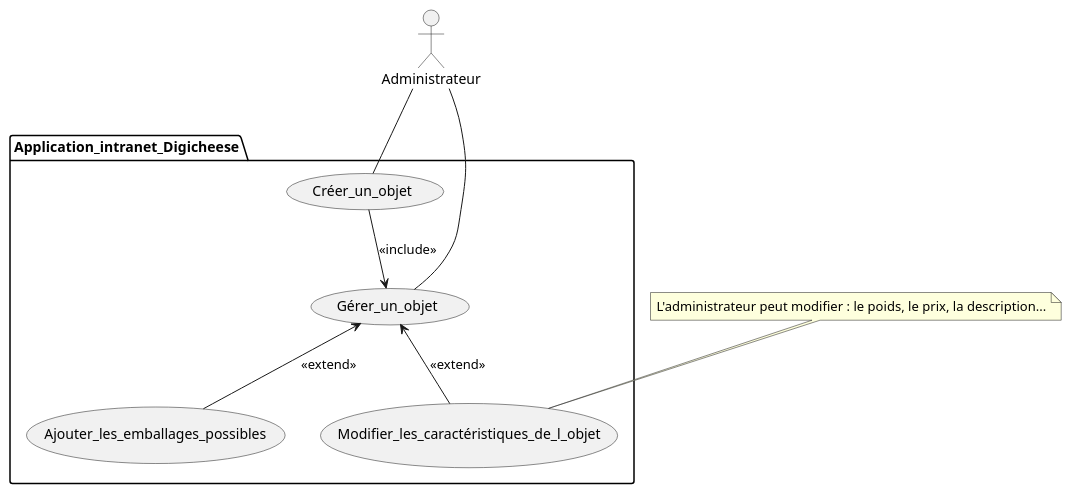
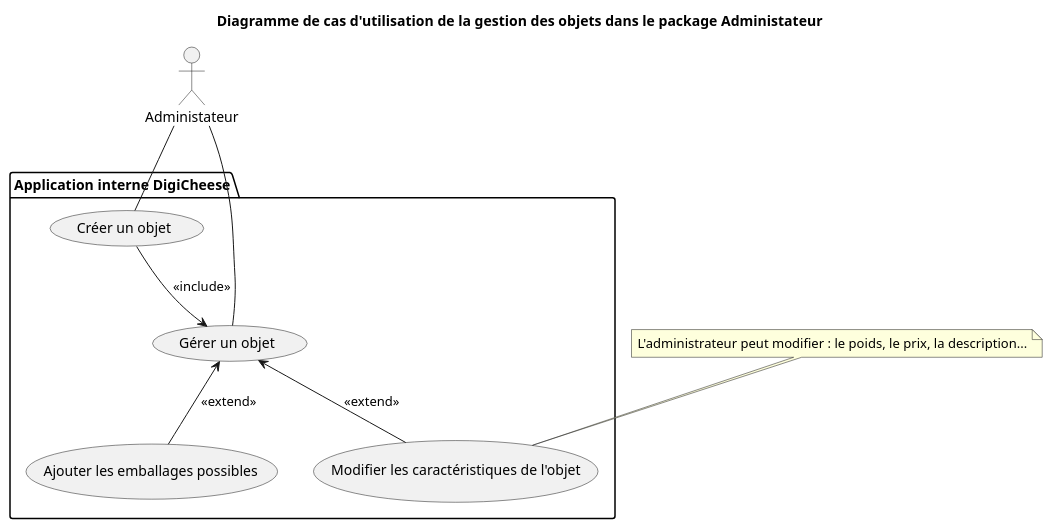
Before and after one commit to Bluwen/Conception_d_une_application_informatique: the diagram in Cas_d_utilisation/Cas_utilisation_gestion_administrative_objet.puml, drawn with PlantUML. The commit also changed 6 other files, not shown here.

```diff
--- a/Cas_d_utilisation/Cas_utilisation_gestion_administrative_objet.puml
+++ b/Cas_d_utilisation/Cas_utilisation_gestion_administrative_objet.puml
@@ -1,26 +1,26 @@
 @startuml Gestion administrative d'un objet
 
-actor Administrateur
+actor "Administateur" 
 
-package Application_intranet_Digicheese {
-    usecase Créer_un_objet
-    usecase Gérer_un_objet
+package "Application interne DigiCheese" {
+    usecase "Créer un objet"
+    usecase "Gérer un objet"
 
-    usecase Modifier_les_caractéristiques_de_l_objet
+    usecase "Modifier les caractéristiques de l'objet"
 
-    usecase Ajouter_les_emballages_possibles
+    usecase "Ajouter les emballages possibles"
 }
 
-Administrateur -- Créer_un_objet
-Administrateur -- Gérer_un_objet
+"Administateur" -- "Créer un objet"
+"Administateur" -- "Gérer un objet"
 
-Créer_un_objet --> Gérer_un_objet : <<include>>
+"Créer un objet" --> "Gérer un objet" : <<include>>
 
-Gérer_un_objet <-- Modifier_les_caractéristiques_de_l_objet : <<extend>>
-Gérer_un_objet <-- Ajouter_les_emballages_possibles : <<extend>>
+"Gérer un objet" <-- "Modifier les caractéristiques de l'objet" : <<extend>>
+"Gérer un objet" <-- "Ajouter les emballages possibles" : <<extend>>
 
 note "L'administrateur peut modifier : le poids, le prix, la description..." as N1
-N1 .. Modifier_les_caractéristiques_de_l_objet
+N1 .. "Modifier les caractéristiques de l'objet"
 
-
+title Diagramme de cas d'utilisation de la gestion des objets dans le package Administateur
 @enduml
```
